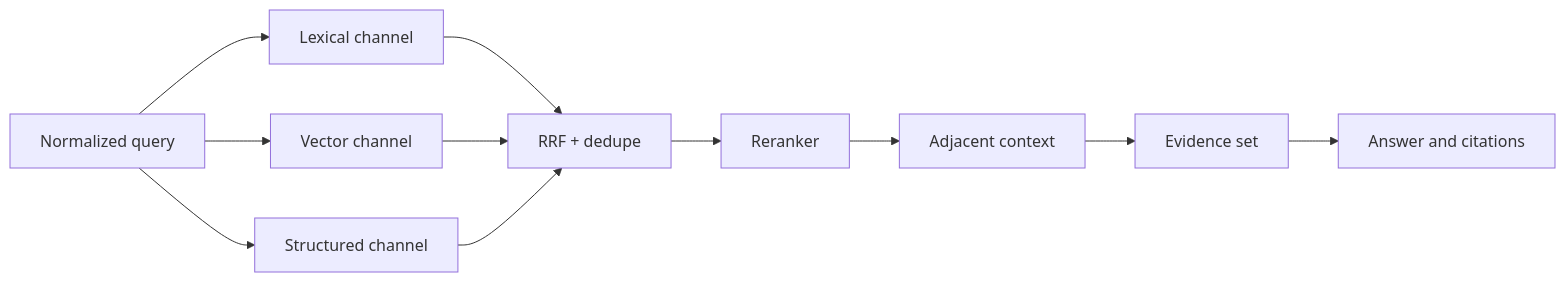
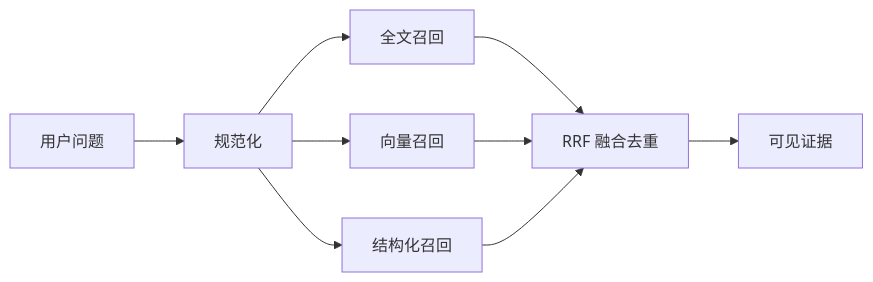
The diagram in docs/backend/postgres-pgvector-hybrid-search.md (upJiang/jiang-blog-vitepress), drawn with Mermaid before and after one commit. The commit also changed other lines of this file and 164 other files, not shown here.

````diff
--- a/docs/backend/postgres-pgvector-hybrid-search.md
+++ b/docs/backend/postgres-pgvector-hybrid-search.md
@@ -254,13 +24,11 @@
 ```mermaid
 flowchart LR
-  Q[Normalized query] --> L[Lexical channel]
-  Q --> V[Vector channel]
-  Q --> S[Structured channel]
-  L --> F[RRF + dedupe]
-  V --> F
-  S --> F
-  F --> R[Reranker]
-  R --> X[Adjacent context]
-  X --> E[Evidence set]
-  E --> A[Answer and citations]
+  Q[用户问题] --> N[规范化]
+  N --> F[全文召回]
+  N --> V[向量召回]
+  N --> S[结构化召回]
+  F --> R[RRF 融合去重]
+  V --> R
+  S --> R
+  R --> E[可见证据]
 ```
````
